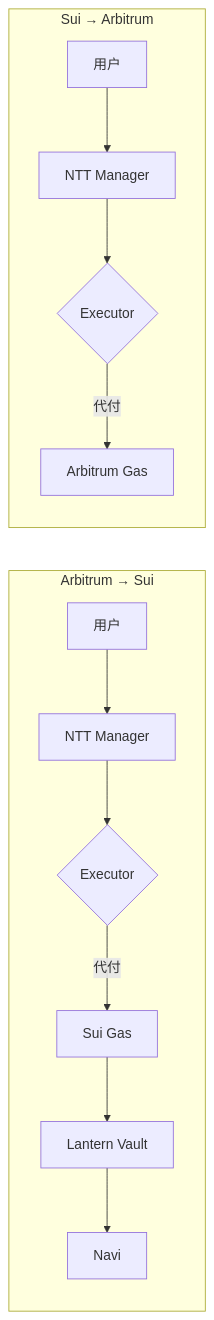
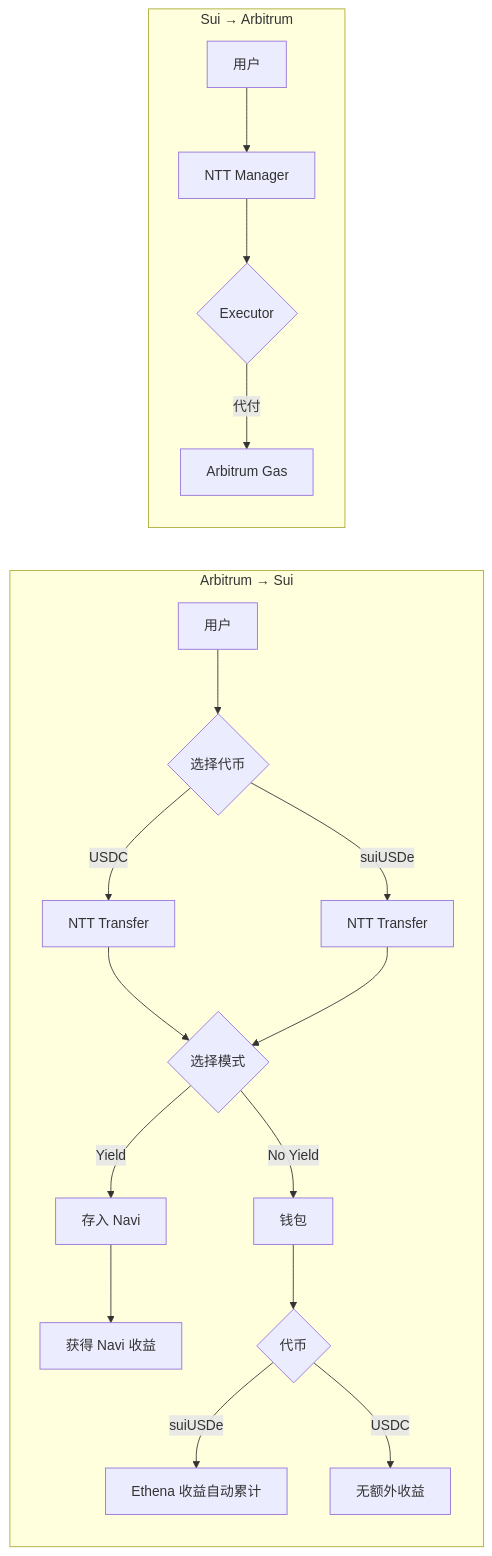
The second of 3 diagrams in .codex/memory/progress.md (NBellic10010/lantern-bridge-monorepo-sui), drawn with Mermaid before and after one commit. The commit also changed other lines of this file and 296 other files, not shown here.

````diff
--- a/.codex/memory/progress.md
+++ b/.codex/memory/progress.md
@@ -42,16 +346,22 @@
 ```mermaid
 flowchart LR
     subgraph "Arbitrum → Sui"
-        A1[用户] --> A2[NTT Manager]
-        A2 --> A3{Executor}
-        A3 -->|代付| A4[Sui Gas]
-        A4 --> A5[Lantern Vault]
-        A5 --> A6[Navi]
+        A1[用户] --> A2{选择代币}
+        A2 -->|USDC| A3[NTT Transfer]
+        A2 -->|suiUSDe| A4[NTT Transfer]
+        A3 --> A5{选择模式}
+        A4 --> A5
+        A5 -->|Yield| A6[存入 Navi]
+        A5 -->|No Yield| A7[钱包]
+        A6 --> A8[获得 Navi 收益]
+        A7 --> A9{代币}
+        A9 -->|suiUSDe| A10[Ethena 收益自动累计]
+        A9 -->|USDC| A11[无额外收益]
     end
 
     subgraph "Sui → Arbitrum"
         S1[用户] --> S2[NTT Manager]
         S2 --> S3{Executor}
         S3 -->|代付| S4[Arbitrum Gas]
     end
 ```
````
